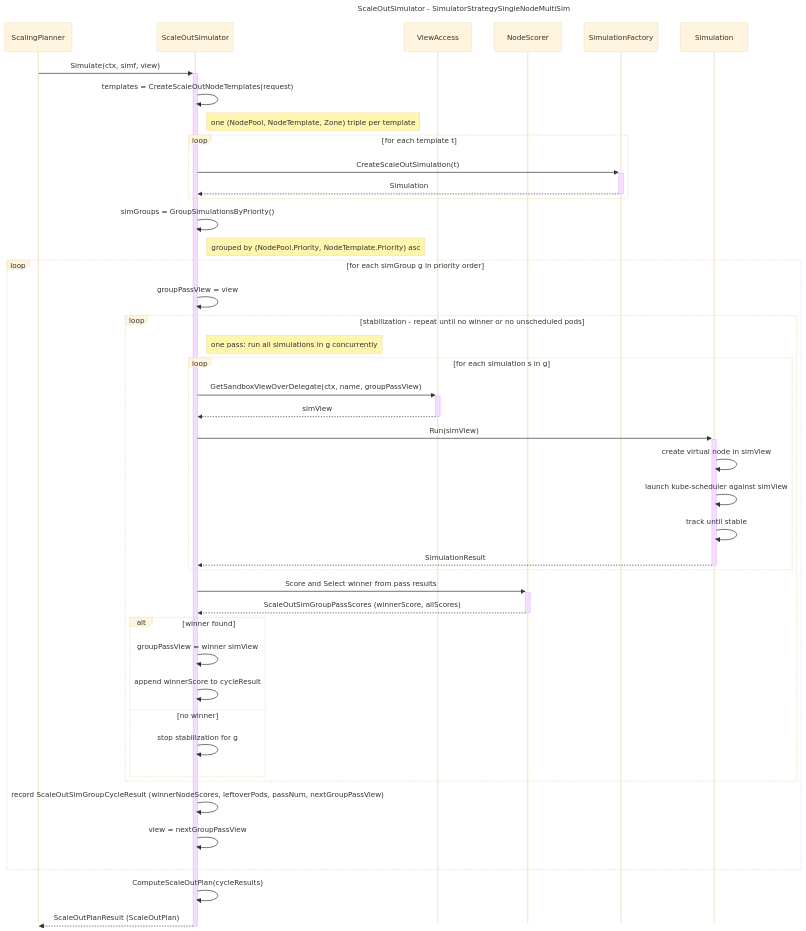
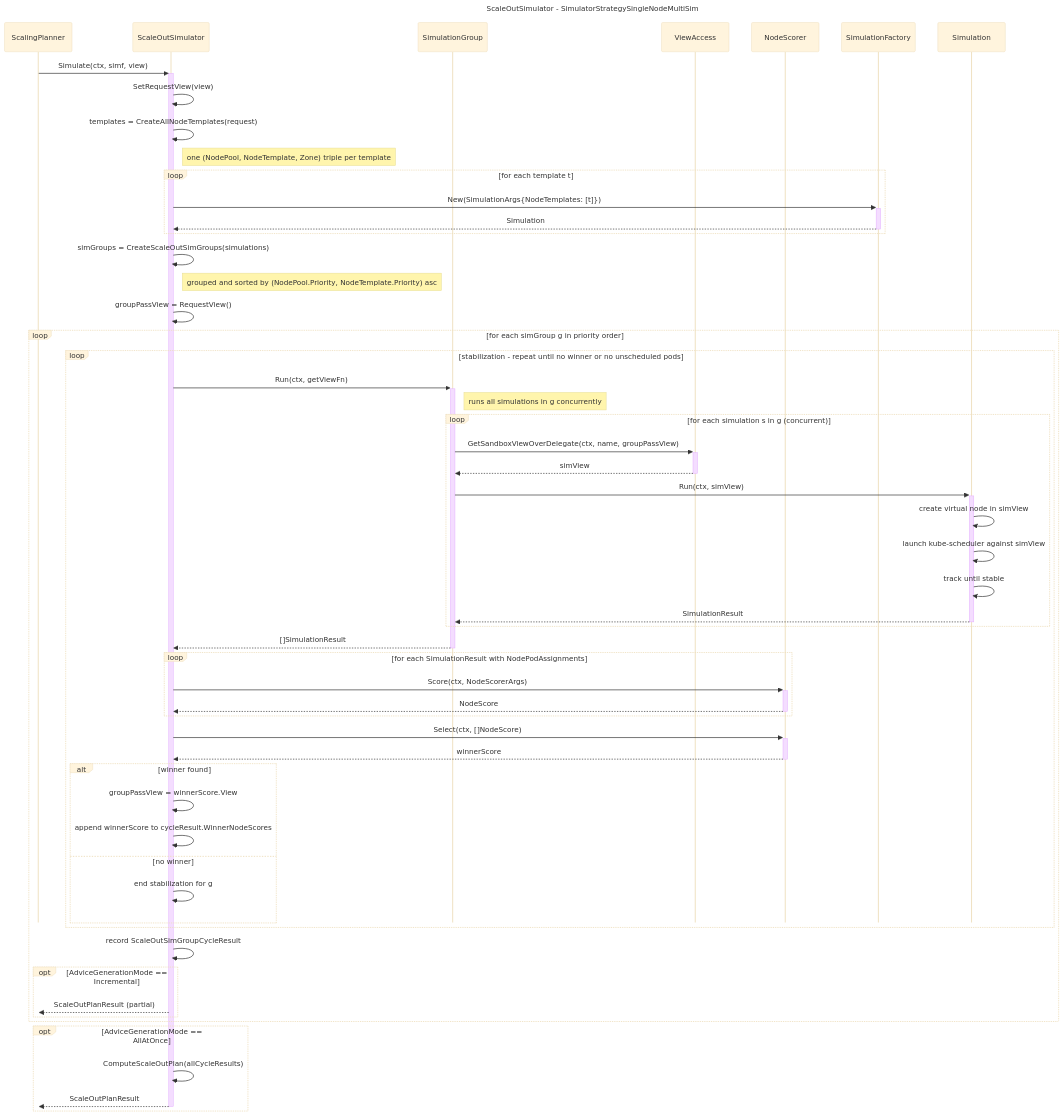
One commit to gardener/scaling-advisor changed the eighth of 8 diagrams in docs/design.md. Above: the diagram before and after it, drawn with Mermaid (base theme). The commit also changed other lines of this file and 2 other files, not shown here.

````diff
--- a/docs/design.md
+++ b/docs/design.md
@@ -571,54 +543,66 @@
 ```mermaid
 ---
 title: ScaleOutSimulator - SimulatorStrategySingleNodeMultiSim
 config:
   sequence:
     mirrorActors: false
 ---
 sequenceDiagram
     participant sp as ScalingPlanner
     participant sos as ScaleOutSimulator
+    participant sg as SimulationGroup
     participant va as ViewAccess
     participant ns as NodeScorer
     participant simf as SimulationFactory
     participant sim as Simulation
 
     sp->>+sos: Simulate(ctx, simf, view)
-    sos->>sos: templates = CreateScaleOutNodeTemplates(request)
+    sos->>sos: SetRequestView(view)
+    sos->>sos: templates = CreateAllNodeTemplates(request)
     note right of sos: one (NodePool, NodeTemplate, Zone) triple per template
     loop for each template t
-        sos->>+simf: CreateScaleOutSimulation(t)
+        sos->>+simf: New(SimulationArgs{NodeTemplates: [t]})
         simf-->>-sos: Simulation
     end
-    sos->>sos: simGroups = GroupSimulationsByPriority()
-    note right of sos: grouped by (NodePool.Priority, NodeTemplate.Priority) asc
+    sos->>sos: simGroups = CreateScaleOutSimGroups(simulations)
+    note right of sos: grouped and sorted by (NodePool.Priority, NodeTemplate.Priority) asc
 
+    sos->>sos: groupPassView = RequestView()
     loop for each simGroup g in priority order
-        sos->>sos: groupPassView = view
         loop stabilization - repeat until no winner or no unscheduled pods
-            note right of sos: one pass: run all simulations in g concurrently
-            loop for each simulation s in g
-                sos->>+va: GetSandboxViewOverDelegate(ctx, name, groupPassView)
-                va-->>-sos: simView
-                sos->>+sim: Run(simView)
+            sos->>+sg: Run(ctx, getViewFn)
+            note right of sg: runs all simulations in g concurrently
+            loop for each simulation s in g (concurrent)
+                sg->>+va: GetSandboxViewOverDelegate(ctx, name, groupPassView)
+                va-->>-sg: simView
+                sg->>+sim: Run(ctx, simView)
                 sim->>sim: create virtual node in simView
                 sim->>sim: launch kube-scheduler against simView
                 sim->>sim: track until stable
-                sim-->>-sos: SimulationResult
+                sim-->>-sg: SimulationResult
             end
-            sos->>+ns: Score and Select winner from pass results
-            ns-->>-sos: ScaleOutSimGroupPassScores (winnerScore, allScores)
+            sg-->>-sos: []SimulationResult
+            loop for each SimulationResult with NodePodAssignments
+                sos->>+ns: Score(ctx, NodeScorerArgs)
+                ns-->>-sos: NodeScore
+            end
+            sos->>+ns: Select(ctx, []NodeScore)
+            ns-->>-sos: winnerScore
             alt winner found
-                sos->>sos: groupPassView = winner simView
-                sos->>sos: append winnerScore to cycleResult
+                sos->>sos: groupPassView = winnerScore.View
+                sos->>sos: append winnerScore to cycleResult.WinnerNodeScores
             else no winner
-                sos->>sos: stop stabilization for g
+                sos->>sos: end stabilization for g
             end
         end
-        sos->>sos: record ScaleOutSimGroupCycleResult (winnerNodeScores, leftoverPods, passNum, nextGroupPassView)
-        sos->>sos: view = nextGroupPassView
+        sos->>sos: record ScaleOutSimGroupCycleResult
+        opt AdviceGenerationMode == Incremental
+            sos-->>sp: ScaleOutPlanResult (partial)
+        end
     end
 
-    sos->>sos: ComputeScaleOutPlan(cycleResults)
-    sos-->>-sp: ScaleOutPlanResult (ScaleOutPlan)
+    opt AdviceGenerationMode == AllAtOnce
+        sos->>sos: ComputeScaleOutPlan(allCycleResults)
+        sos-->>-sp: ScaleOutPlanResult
+    end
 ```
````
